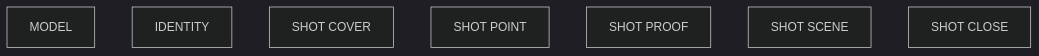
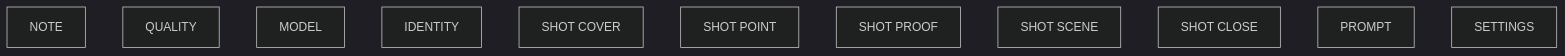
One commit to toxicoder/ez-comfy-stack changed the diagram in docs/generated/workflows/creator/stills/linkedin-carousel-5.md. Above: the diagram before and after it, drawn with Mermaid (dark theme). The commit also changed other lines of this file and 1088 other files, not shown here.

````diff
--- a/docs/generated/workflows/creator/stills/linkedin-carousel-5.md
+++ b/docs/generated/workflows/creator/stills/linkedin-carousel-5.md
@@ -52,10 +52,14 @@
 ```mermaid
 flowchart TB
+  GNOTE["NOTE"]
+  GQUALITY["QUALITY"]
   GMODEL["MODEL"]
   GIDENTITY["IDENTITY"]
   GSHOT_COVER["SHOT COVER"]
   GSHOT_POINT["SHOT POINT"]
   GSHOT_PROOF["SHOT PROOF"]
   GSHOT_SCENE["SHOT SCENE"]
   GSHOT_CLOSE["SHOT CLOSE"]
+  GPROMPT["PROMPT"]
+  GSETTINGS["SETTINGS"]
 ```
````
